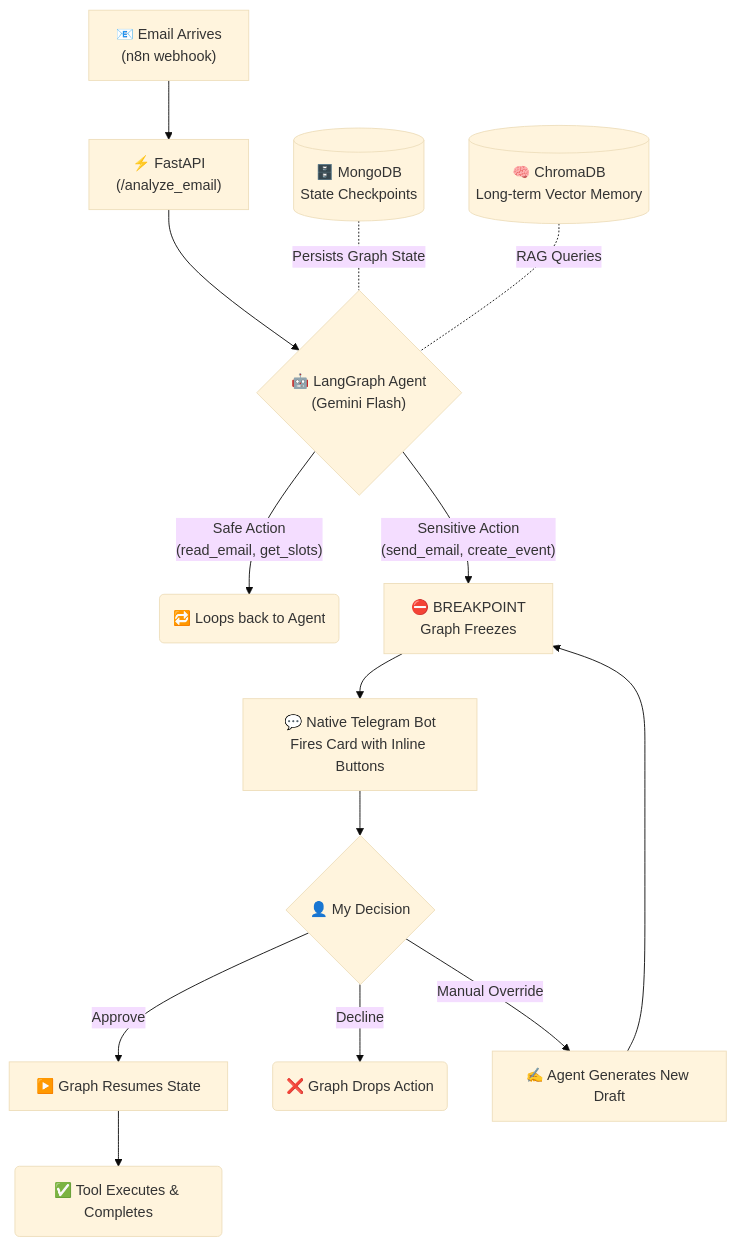
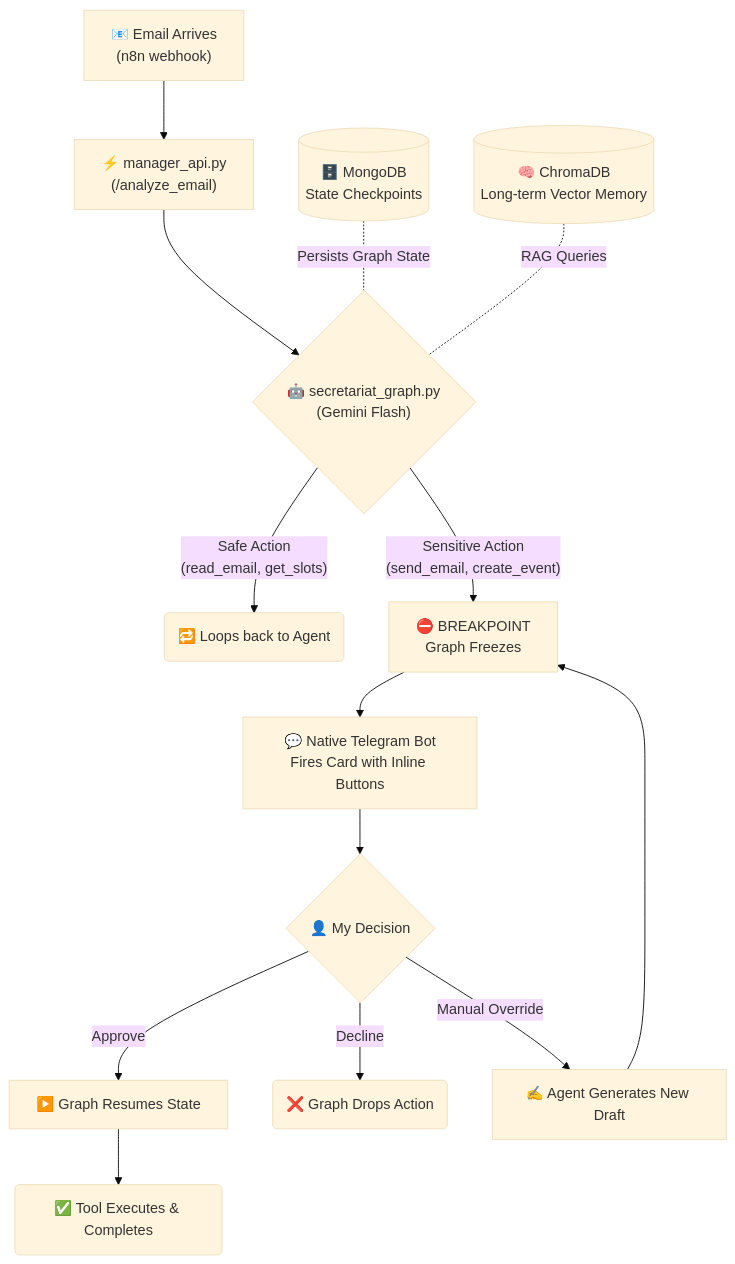
Before and after one commit to GolanLevi/myOS: the diagram in README.md, drawn with Mermaid (base theme). The commit also changed 1 other file, not shown here.

Commit message:
docs: update class and file names in architecture diagrams

````diff
--- a/README.md
+++ b/README.md
@@ -75,23 +75,23 @@
 ```mermaid
 graph TD
-    A["📧 Email Arrives\n(n8n webhook)"] --> B["⚡ FastAPI\n(/analyze_email)"]
-    B --> C{"🤖 LangGraph Agent\n(Gemini Flash)"}
+    A["📧 Email Arrives\n(n8n webhook)"] --> B["⚡ manager_api.py\n(/analyze_email)"]
+    B --> C{"🤖 secretariat_graph.py\n(Gemini Flash)"}
     
     C -->|"Safe Action\n(read_email, get_slots)"| D("🔁 Loops back to Agent")
     
     C -->|"Sensitive Action\n(send_email, create_event)"| E["⛔ BREAKPOINT\nGraph Freezes"]
     
     E --> F["💬 Native Telegram Bot\nFires Card with Inline Buttons"]
     
     F --> G{"👤 My Decision"}
     
     G -->|"Approve"| H["▶️ Graph Resumes State"]
     G -->|"Decline"| I("❌ Graph Drops Action")
     G -->|"Manual Override"| J["✍️ Agent Generates New Draft"]
     
     H --> K("✅ Tool Executes & Completes")
     J --> E
     
     M[("🗄️ MongoDB\nState Checkpoints")] -. "Persists Graph State" .- C
     N[("🧠 ChromaDB\nLong-term Vector Memory")] -. "RAG Queries" .- C
 ```
````
